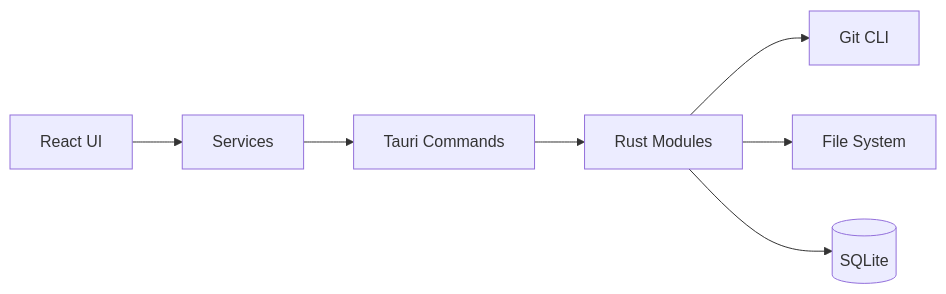
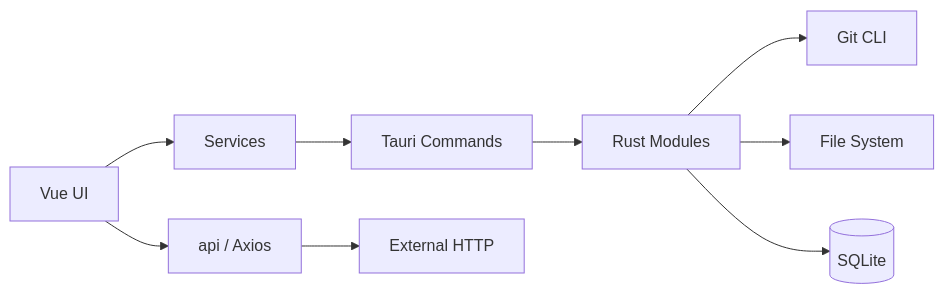
One commit to DonutGeek/jl-git changed the diagram in README.md. Above: the diagram before and after it, drawn with Mermaid. The commit also changed other lines of this file and 426 other files, not shown here.

````diff
--- a/README.md
+++ b/README.md
@@ -165,9 +167,11 @@
 ```mermaid
 flowchart LR
-  UI["React UI"] --> Service["Services"]
+  UI["Vue UI"] --> Service["Services"]
+  UI --> API["api / Axios"]
   Service --> Command["Tauri Commands"]
   Command --> Rust["Rust Modules"]
+  API --> HTTP["External HTTP"]
   Rust --> Git["Git CLI"]
   Rust --> FS["File System"]
   Rust --> DB[("SQLite")]
 ```
````
